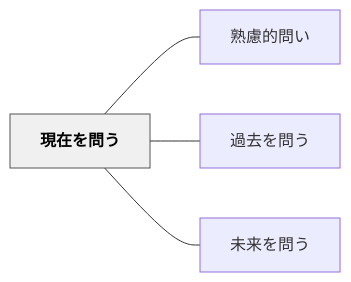
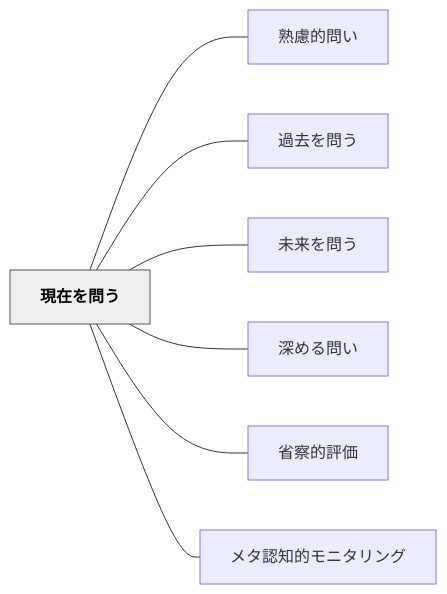
Before and after one commit to unknownthings-ed-patterns/unknownthings-ed-patterns: the diagram in content/パタン/現在を問う.md, drawn with Mermaid. The commit also changed other lines of this file and 71 other files, not shown here.

````diff
--- a/content/パタン/現在を問う.md
+++ b/content/パタン/現在を問う.md
@@ -40,14 +43,20 @@
 ```mermaid
 flowchart LR
     ne78fbee59ca8e38292e5958fe38186["現在を問う"]
     ne7869fe685aee79a84e5958fe38184["熟慮的問い"]
     ne9818ee58ebbe38292e5958fe38186["過去を問う"]
     ne69caae69da5e38292e5958fe38186["未来を問う"]
+    ne6b7b1e38281e3828be5958fe38184["深める問い"]
+    ne79c81e5af9fe79a84e8a995e4bea1["省察的評価"]
+    ne383a1e382bfe8aa8de79fa5e79a84e383a2e3838be382bfe383aae383b3e382b0["メタ認知的モニタリング"]
 
     ne78fbee59ca8e38292e5958fe38186 --- ne7869fe685aee79a84e5958fe38184
     ne78fbee59ca8e38292e5958fe38186 --- ne9818ee58ebbe38292e5958fe38186
     ne78fbee59ca8e38292e5958fe38186 --- ne69caae69da5e38292e5958fe38186
+    ne78fbee59ca8e38292e5958fe38186 --- ne6b7b1e38281e3828be5958fe38184
+    ne78fbee59ca8e38292e5958fe38186 --- ne79c81e5af9fe79a84e8a995e4bea1
+    ne78fbee59ca8e38292e5958fe38186 --- ne383a1e382bfe8aa8de79fa5e79a84e383a2e3838be382bfe383aae383b3e382b0
 
     classDef hub fill:#f0f0f0,stroke:#555,color:#000,font-weight:bold
     class ne78fbee59ca8e38292e5958fe38186 hub
 ```
````
